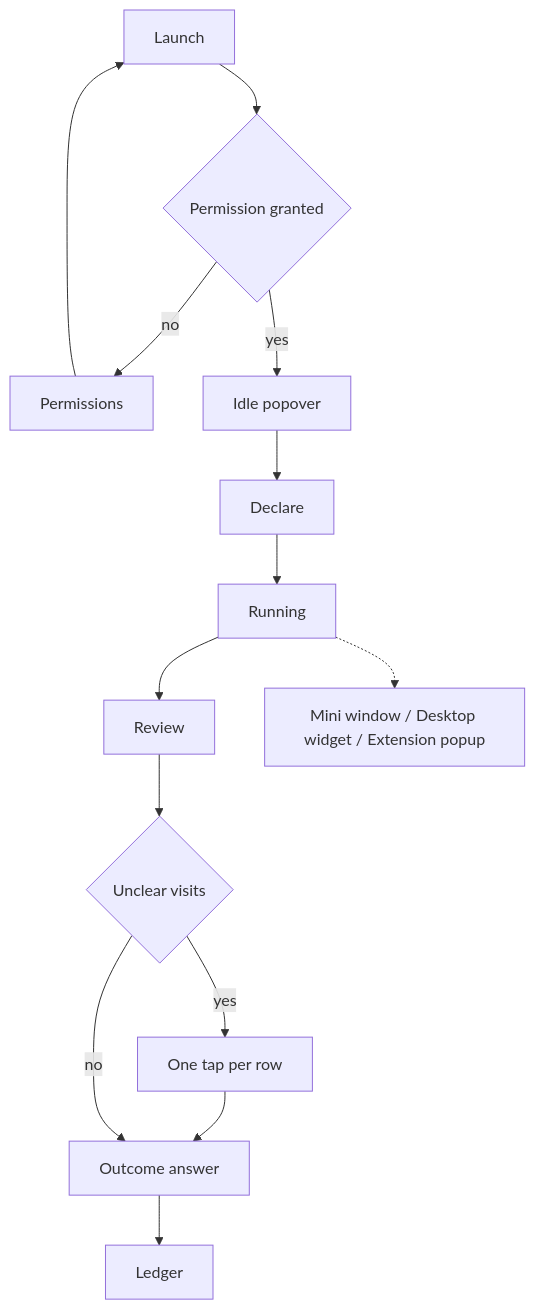
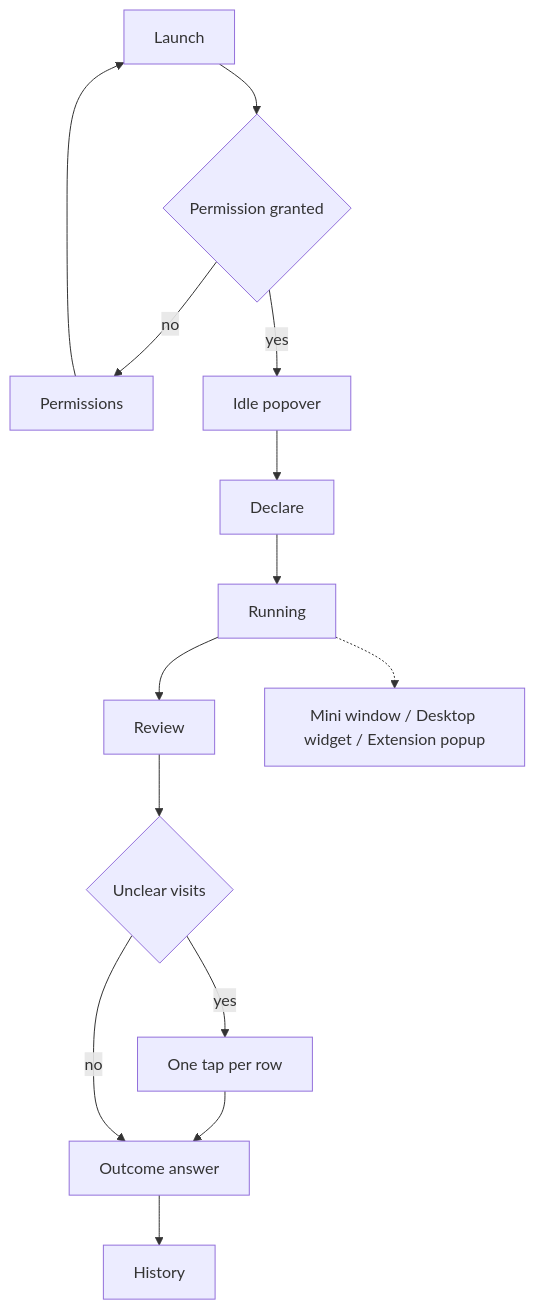
Before and after one commit to Alexandre-Nevero/focuslocal: the diagram in docs/prd.md, drawn with Mermaid. The commit also changed other lines of this file and 1 other file, not shown here.

First line of the commit message:
Show the record, not a finish headline, in review and history.

````diff
--- a/docs/prd.md
+++ b/docs/prd.md
@@ -168,16 +170,16 @@
 ```mermaid
 flowchart TD
   Launch[Launch] --> Perm{Permission granted}
   Perm -->|no| PermHelp[Permissions]
   PermHelp --> Launch
   Perm -->|yes| Idle[Idle popover]
   Idle --> Declare[Declare]
   Declare --> Running[Running]
   Running --> Review[Review]
   Running -.-> Mini[Mini window / Desktop widget / Extension popup]
   Review --> Unclear{Unclear visits}
   Unclear -->|yes| Tap[One tap per row]
   Tap --> Answer[Outcome answer]
   Unclear -->|no| Answer
-  Answer --> Ledger[Ledger]
+  Answer --> History[History]
 ```
````
